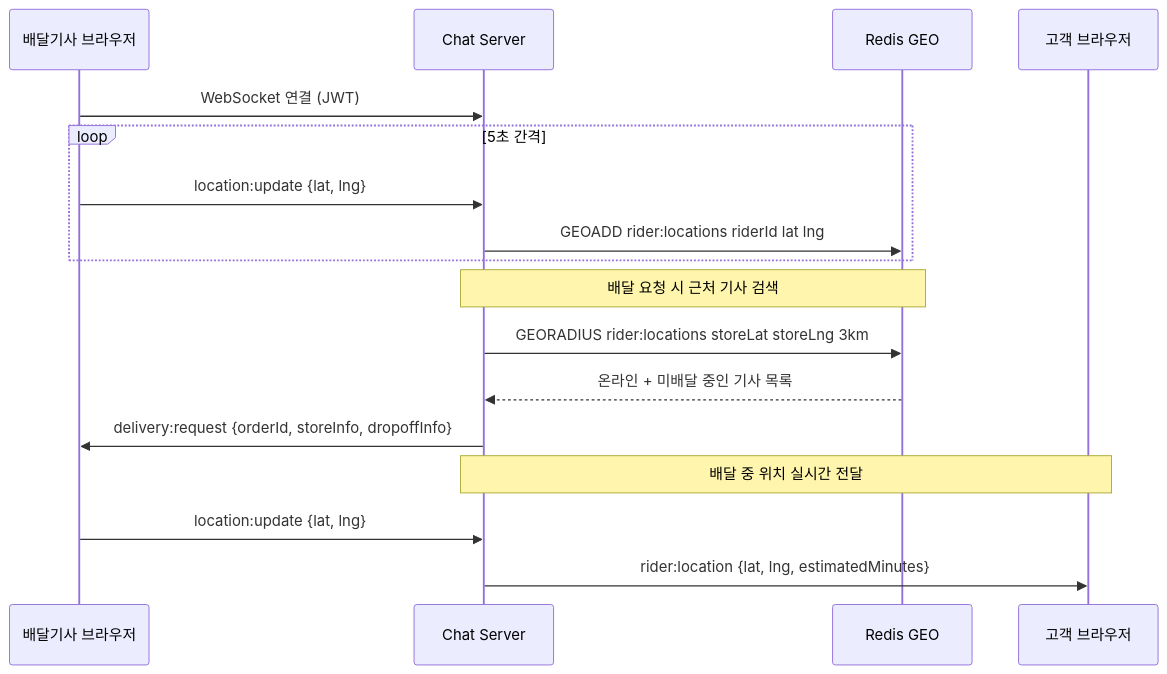
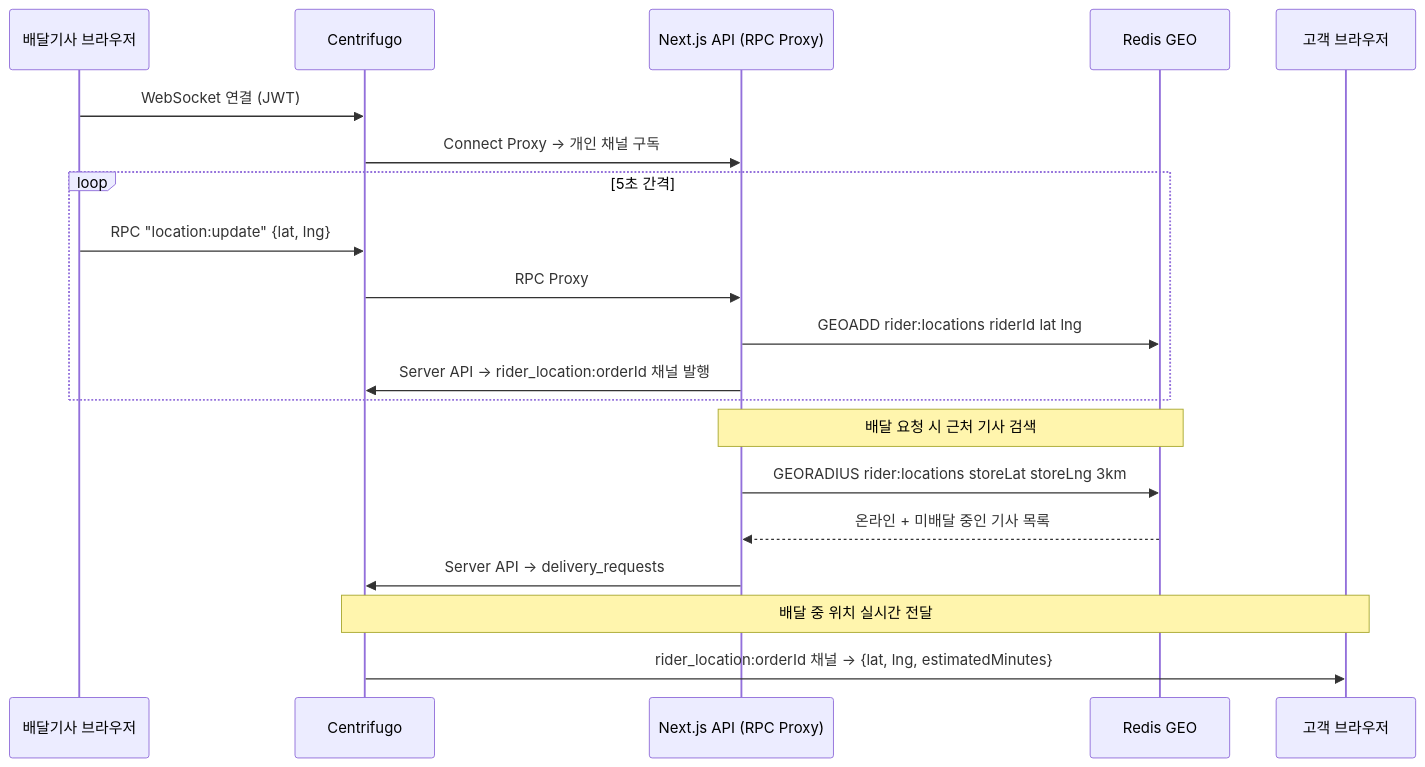
Before and after one commit to JunPyo0117/B-Delivery: the third of 4 diagrams in prd-v2.md, drawn with Mermaid. The commit also changed other lines of this file, not shown here.

First line of the commit message:
WIP(docs): 실시간 서버를 Socket.IO에서 Centrifugo v6로 전환

````diff
--- a/prd-v2.md
+++ b/prd-v2.md
@@ -286,22 +322,25 @@
 ```mermaid
 sequenceDiagram
     participant Rider as 배달기사 브라우저
-    participant Chat as Chat Server
+    participant Centrifugo as Centrifugo
+    participant API as Next.js API (RPC Proxy)
     participant Redis as Redis GEO
     participant Customer as 고객 브라우저
 
-    Rider->>Chat: WebSocket 연결 (JWT)
+    Rider->>Centrifugo: WebSocket 연결 (JWT)
+    Centrifugo->>API: Connect Proxy → 개인 채널 구독
     loop 5초 간격
-        Rider->>Chat: location:update {lat, lng}
-        Chat->>Redis: GEOADD rider:locations riderId lat lng
+        Rider->>Centrifugo: RPC "location:update" {lat, lng}
+        Centrifugo->>API: RPC Proxy
+        API->>Redis: GEOADD rider:locations riderId lat lng
+        API->>Centrifugo: Server API → rider_location:orderId 채널 발행
     end
 
-    Note over Chat,Redis: 배달 요청 시 근처 기사 검색
-    Chat->>Redis: GEORADIUS rider:locations storeLat storeLng 3km
-    Redis-->>Chat: 온라인 + 미배달 중인 기사 목록
-    Chat->>Rider: delivery:request {orderId, storeInfo, dropoffInfo}
+    Note over API,Redis: 배달 요청 시 근처 기사 검색
+    API->>Redis: GEORADIUS rider:locations storeLat storeLng 3km
+    Redis-->>API: 온라인 + 미배달 중인 기사 목록
+    API->>Centrifugo: Server API → delivery_requests#riderId 채널 발행
 
-    Note over Chat,Customer: 배달 중 위치 실시간 전달
-    Rider->>Chat: location:update {lat, lng}
-    Chat->>Customer: rider:location {lat, lng, estimatedMinutes}
+    Note over Centrifugo,Customer: 배달 중 위치 실시간 전달
+    Centrifugo->>Customer: rider_location:orderId 채널 → {lat, lng, estimatedMinutes}
 ```
````
